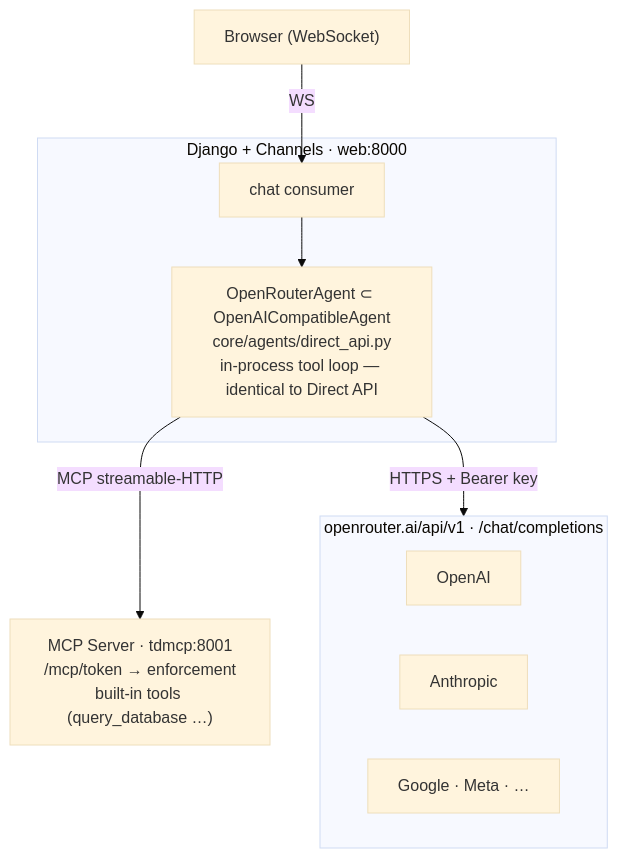
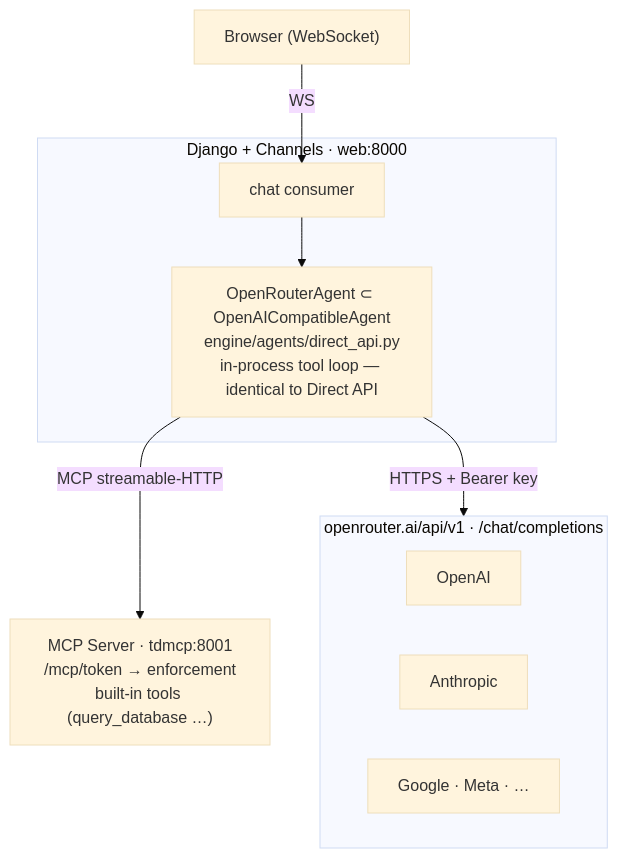
One commit to mpospirit-apps/TetherDust changed the diagram in documentations/TetherDust Documentation/3. Agent Integrations/6. Gateway (OpenRouter).md. Above: the diagram before and after it, drawn with Mermaid (base theme). The commit also changed other lines of this file and 341 other files, not shown here.

Commit message:
chore: rename Django apps (core -> engine, portal -> workspace, console -> management)

````diff
--- a/documentations/TetherDust Documentation/3. Agent Integrations/6. Gateway (OpenRouter).md
+++ b/documentations/TetherDust Documentation/3. Agent Integrations/6. Gateway (OpenRouter).md
@@ -31,22 +31,22 @@
 ```mermaid
 flowchart TD
     Browser["Browser (WebSocket)"]
 
     subgraph web["Django + Channels · web:8000"]
         Consumer["chat consumer"]
-        Agent["OpenRouterAgent ⊂ OpenAICompatibleAgent<br/>core/agents/direct_api.py<br/>in-process tool loop — identical to Direct API"]
+        Agent["OpenRouterAgent ⊂ OpenAICompatibleAgent<br/>engine/agents/direct_api.py<br/>in-process tool loop — identical to Direct API"]
     end
 
     subgraph openrouter["openrouter.ai/api/v1 · /chat/completions"]
         OAI["OpenAI"]
         OAN["Anthropic"]
         OOT["Google · Meta · …"]
     end
 
     MCP["MCP Server · tdmcp:8001<br/>/mcp/token → enforcement<br/>built-in tools (query_database …)"]
 
     Browser -->|WS| Consumer
     Consumer --> Agent
     Agent -->|"HTTPS + Bearer key"| openrouter
     Agent -->|"MCP streamable-HTTP"| MCP
 ```
````
